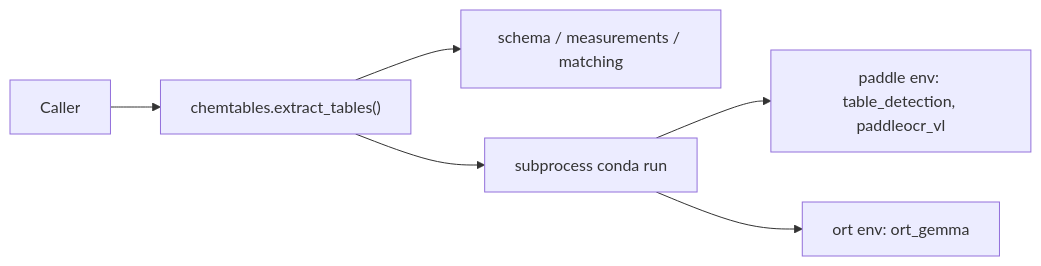
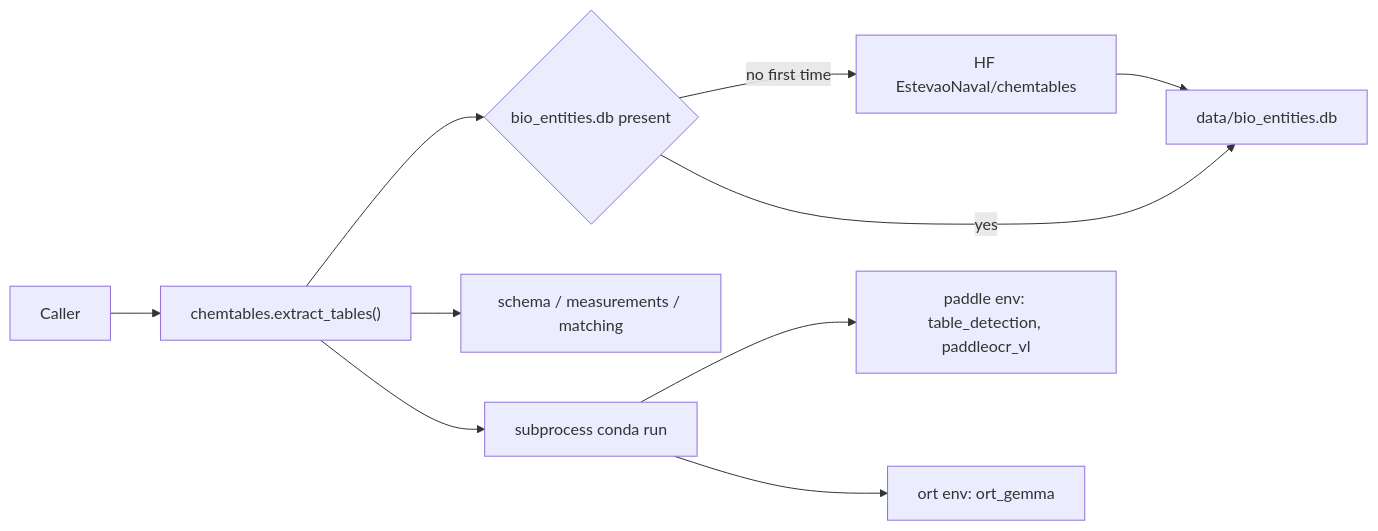
The diagram in README.md (EstevaoNaval/chemtables), drawn with Mermaid before and after one commit. The commit also changed other lines of this file and 5 other files, not shown here.

Commit message:
feat: download bio_entities.db from Hugging Face - Operating programmatically bio_entities.db download from Hugging Face repo. - Ensuring bio_entities.db to be downloaded only once and before any other operations.

````diff
--- a/README.md
+++ b/README.md
@@ -17,8 +17,12 @@
 ```mermaid
 flowchart LR
   consumer[Caller] --> api["chemtables.extract_tables()"]
+  api --> ensureDb{bio_entities.db present}
+  ensureDb -->|no first time| hf["HF EstevaoNaval/chemtables"]
+  hf --> localDb["data/bio_entities.db"]
+  ensureDb -->|yes| localDb
   api --> stages[schema / measurements / matching]
   api --> spawn[subprocess conda run]
   spawn --> paddleEnv["paddle env: table_detection, paddleocr_vl"]
   spawn --> ortEnv["ort env: ort_gemma"]
 ```
````
